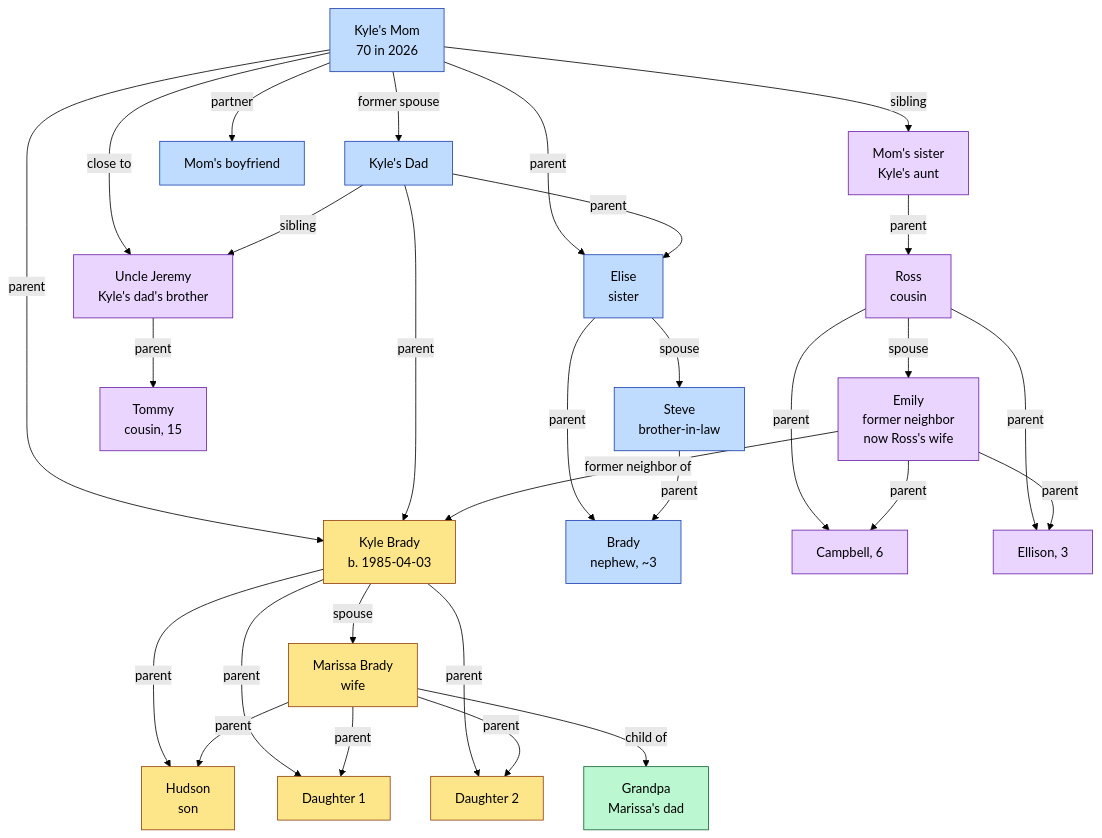
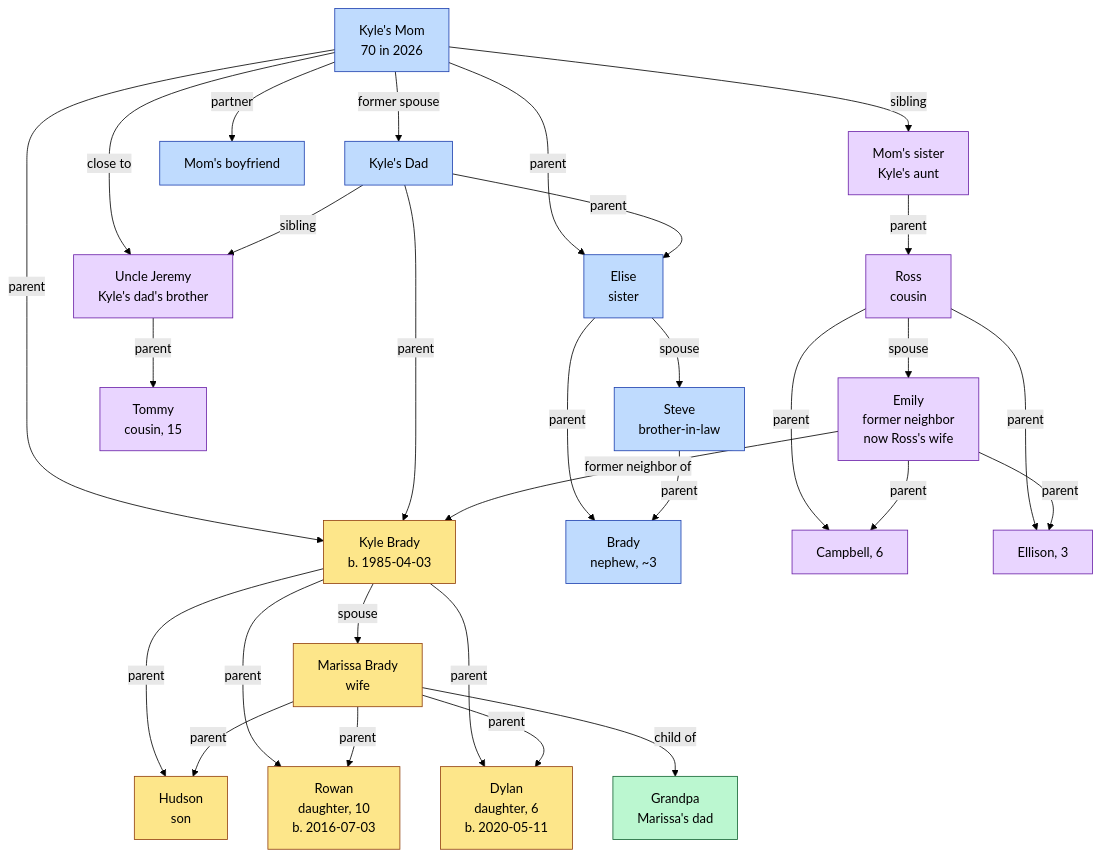
Before and after one commit to stitchbradyomf-lab/kaihamil: the diagram in memory/people/graph.md, drawn with Mermaid (forest theme). The commit also changed other lines of this file and 2 other files, not shown here.

Commit message:
Add Rowan and Dylan to family graph + USER.md
Rowan: born July 3, 2016 (turning 10 on July 3, 2026)
Dylan: born May 11, 2020 (just turned 6 on May 11, 2026)

Updated:
- memory/people/family.md - full entries for both daughters
- memory/people/graph.md - replaced placeholders in Mermaid graph
- USER.md - added Family section with all four kids

````diff
--- a/memory/people/graph.md
+++ b/memory/people/graph.md
@@ -7,72 +7,72 @@
 ```mermaid
 graph TD
   KYLE[Kyle Brady<br/>b. 1985-04-03]
   MARISSA[Marissa Brady<br/>wife]
   HUDSON[Hudson<br/>son]
-  DAUGHTER1[Daughter 1]
-  DAUGHTER2[Daughter 2]
+  ROWAN[Rowan<br/>daughter, 10<br/>b. 2016-07-03]
+  DYLAN[Dylan<br/>daughter, 6<br/>b. 2020-05-11]
 
   MOM[Kyle's Mom<br/>70 in 2026]
   DAD[Kyle's Dad]
   ELISE[Elise<br/>sister]
   STEVE[Steve<br/>brother-in-law]
   BRADY_N[Brady<br/>nephew, ~3]
 
   GRANDPA_M[Grandpa<br/>Marissa's dad]
 
   UNCLE_J[Uncle Jeremy<br/>Kyle's dad's brother]
   TOMMY[Tommy<br/>cousin, 15]
 
   AUNT_M[Mom's sister<br/>Kyle's aunt]
   ROSS[Ross<br/>cousin]
   EMILY[Emily<br/>former neighbor<br/>now Ross's wife]
   CAMPBELL[Campbell, 6]
   ELLISON[Ellison, 3]
 
   MOM_BF[Mom's boyfriend]
 
   KYLE -- spouse --> MARISSA
   KYLE -- parent --> HUDSON
-  KYLE -- parent --> DAUGHTER1
-  KYLE -- parent --> DAUGHTER2
+  KYLE -- parent --> ROWAN
+  KYLE -- parent --> DYLAN
 
   MARISSA -- parent --> HUDSON
-  MARISSA -- parent --> DAUGHTER1
-  MARISSA -- parent --> DAUGHTER2
+  MARISSA -- parent --> ROWAN
+  MARISSA -- parent --> DYLAN
   MARISSA -- child of --> GRANDPA_M
 
   MOM -- parent --> KYLE
   MOM -- parent --> ELISE
   MOM -- former spouse --> DAD
   MOM -- close to --> UNCLE_J
   MOM -- partner --> MOM_BF
   MOM -- sibling --> AUNT_M
 
   DAD -- parent --> KYLE
   DAD -- parent --> ELISE
   DAD -- sibling --> UNCLE_J
 
   ELISE -- spouse --> STEVE
   ELISE -- parent --> BRADY_N
   STEVE -- parent --> BRADY_N
 
   UNCLE_J -- parent --> TOMMY
 
   AUNT_M -- parent --> ROSS
   ROSS -- spouse --> EMILY
   ROSS -- parent --> CAMPBELL
   ROSS -- parent --> ELLISON
   EMILY -- parent --> CAMPBELL
   EMILY -- parent --> ELLISON
   EMILY -- former neighbor of --> KYLE
 
   classDef immediate fill:#fde68a,stroke:#92400e,color:#000
   classDef kyleside fill:#bfdbfe,stroke:#1e40af,color:#000
   classDef marissaside fill:#bbf7d0,stroke:#166534,color:#000
   classDef extended fill:#e9d5ff,stroke:#6b21a8,color:#000
 
-  class KYLE,MARISSA,HUDSON,DAUGHTER1,DAUGHTER2 immediate
+  class KYLE,MARISSA,HUDSON,ROWAN,DYLAN immediate
   class MOM,DAD,ELISE,STEVE,BRADY_N,MOM_BF kyleside
   class GRANDPA_M marissaside
   class UNCLE_J,TOMMY,AUNT_M,ROSS,EMILY,CAMPBELL,ELLISON extended
 ```
````
